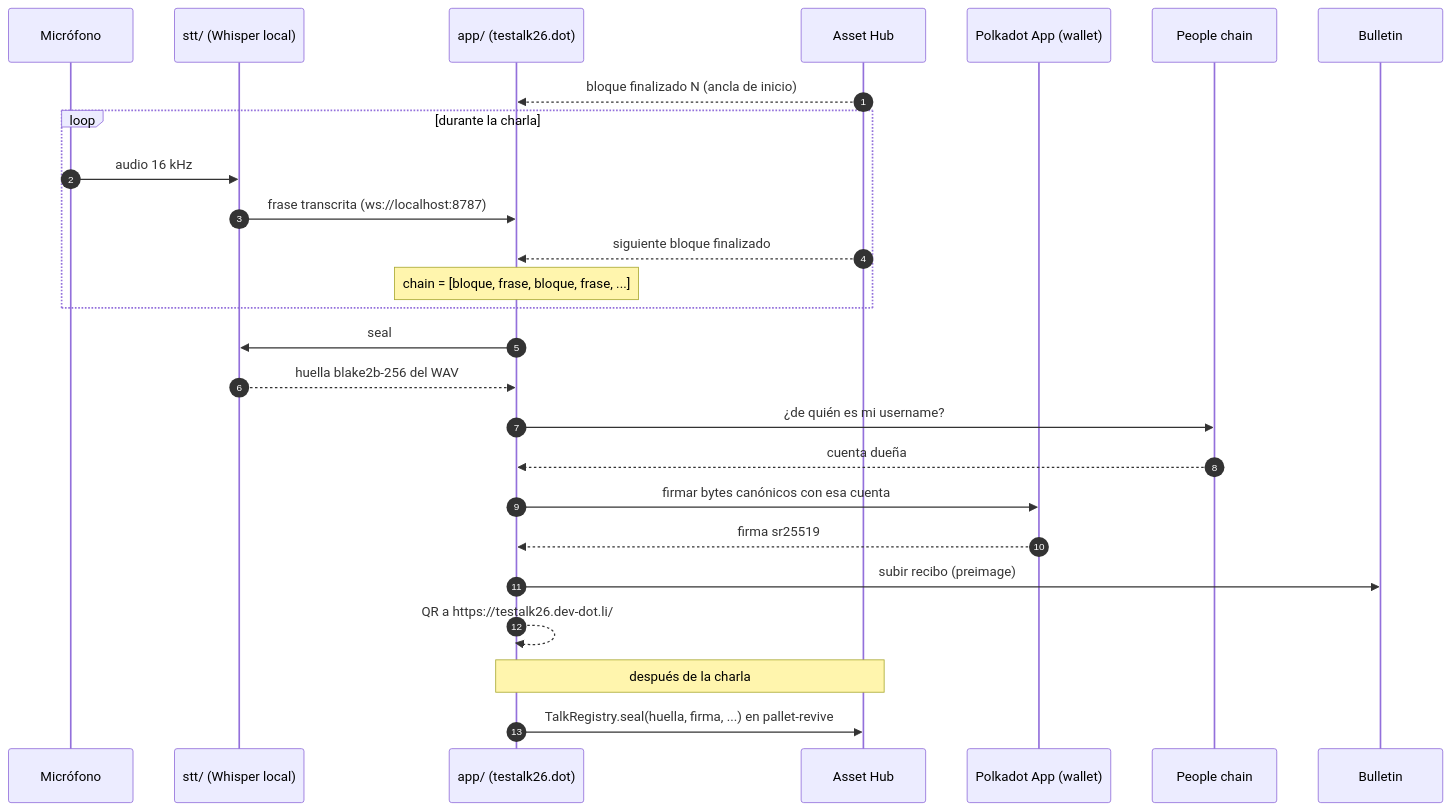
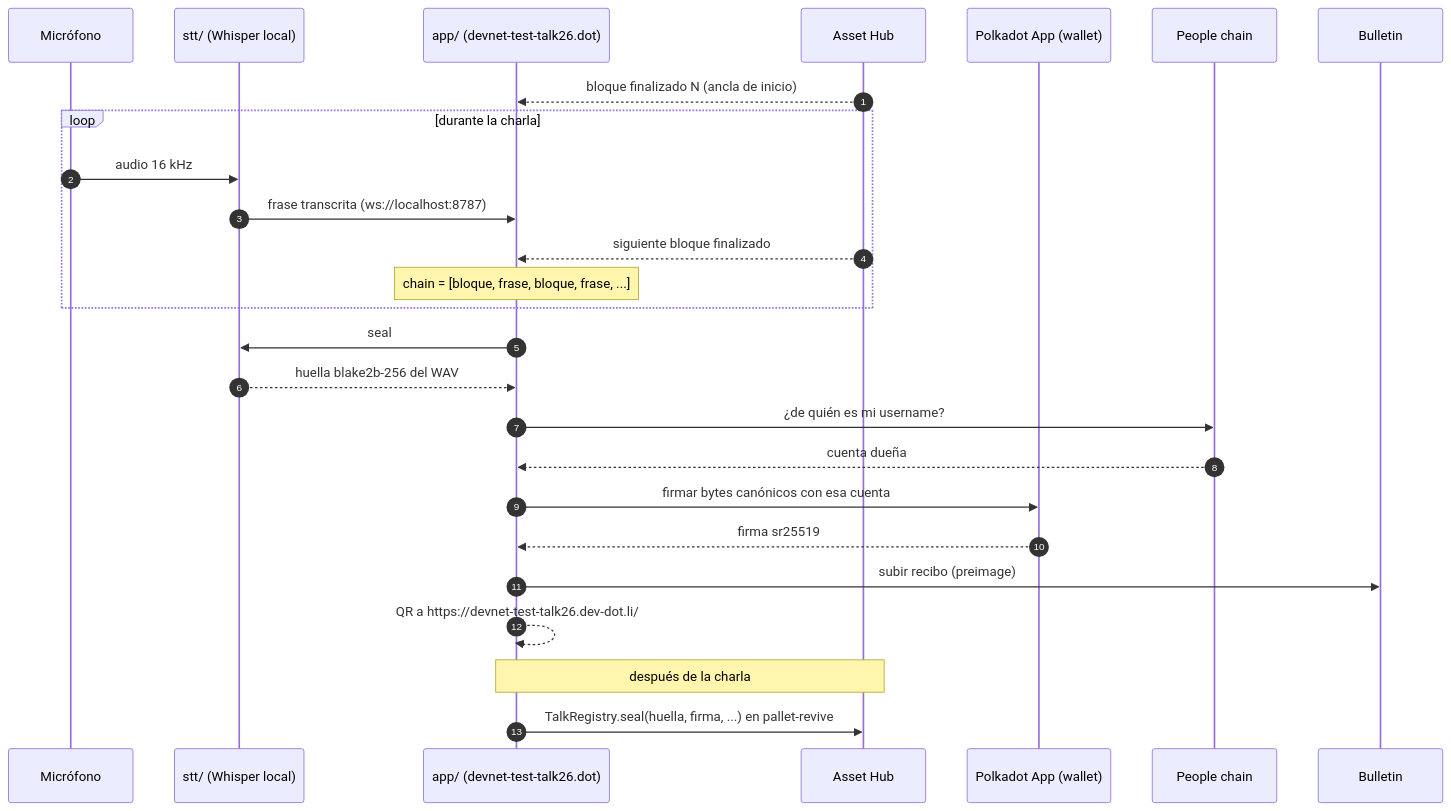
Before and after one commit to w3nerick/testalk: the diagram in README.md, drawn with Mermaid. The commit also changed other lines of this file and 7 other files, not shown here.

First line of the commit message:
Dominio devnet-test-talk26: testalk26 pide personhood en DotNS v2

````diff
--- a/README.md
+++ b/README.md
@@ -67,29 +67,29 @@
 ```mermaid
 sequenceDiagram
     autonumber
     participant M as Micrófono
     participant S as stt/ (Whisper local)
-    participant A as app/ (testalk26.dot)
+    participant A as app/ (devnet-test-talk26.dot)
     participant H as Asset Hub
     participant W as Polkadot App (wallet)
     participant P as People chain
     participant B as Bulletin
 
     H-->>A: bloque finalizado N (ancla de inicio)
     loop durante la charla
         M->>S: audio 16 kHz
         S->>A: frase transcrita (ws://localhost:8787)
         H-->>A: siguiente bloque finalizado
         Note over A: chain = [bloque, frase, bloque, frase, ...]
     end
     A->>S: seal
     S-->>A: huella blake2b-256 del WAV
     A->>P: ¿de quién es mi username?
     P-->>A: cuenta dueña
     A->>W: firmar bytes canónicos con esa cuenta
     W-->>A: firma sr25519
     A->>B: subir recibo (preimage)
-    A-->>A: QR a https://testalk26.dev-dot.li/#/<CID>
+    A-->>A: QR a https://devnet-test-talk26.dev-dot.li/#/<CID>
     Note over A,H: después de la charla
     A->>H: TalkRegistry.seal(huella, firma, ...) en pallet-revive
 ```
````
